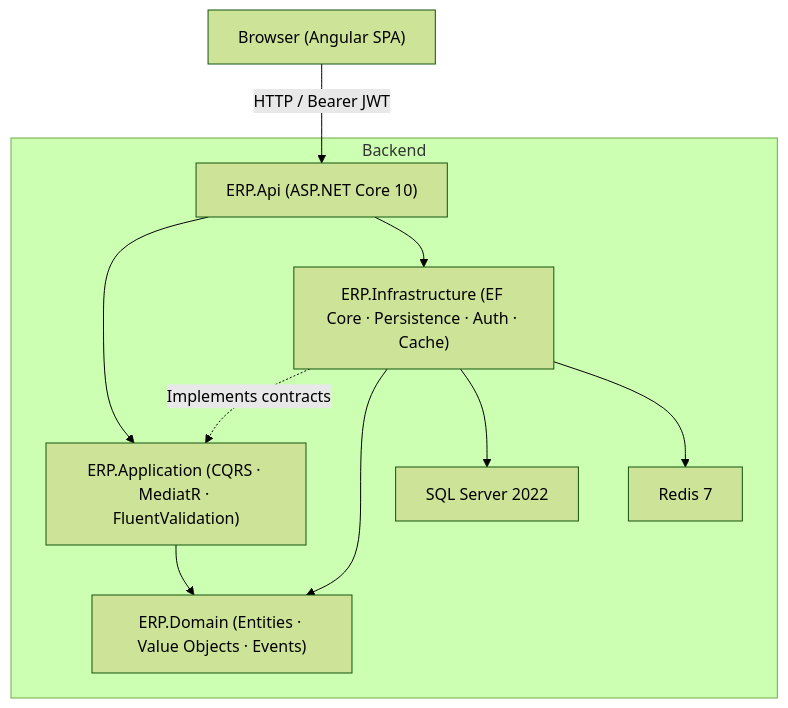
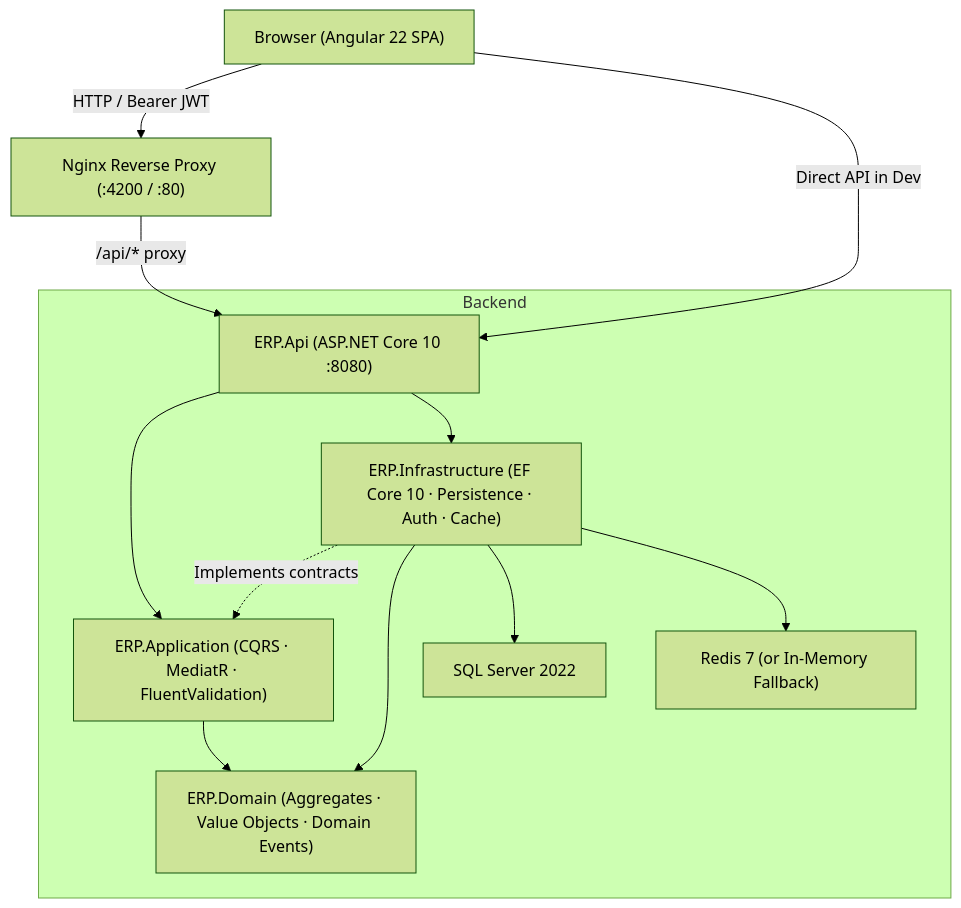
Before and after one commit to Khaled91067/ERP-Management-System: the first of 2 diagrams in README.md, drawn with Mermaid (forest theme). The commit also changed other lines of this file and 2 other files, not shown here.

First line of the commit message:
chore(infra): configure nginx api proxy, gitignore, and architecture docs

````diff
--- a/README.md
+++ b/README.md
@@ -17,14 +23,16 @@
 ```mermaid
 graph TD
-    Browser["Browser (Angular SPA)"] -->|HTTP / Bearer JWT| API["ERP.Api (ASP.NET Core 10)"]
+    Browser["Browser (Angular 22 SPA)"] -->|HTTP / Bearer JWT| Nginx["Nginx Reverse Proxy (:4200 / :80)"]
+    Browser -->|Direct API in Dev| API["ERP.Api (ASP.NET Core 10 :8080)"]
+    Nginx -->|/api/* proxy| API
 
     subgraph Backend
         API --> Application["ERP.Application (CQRS · MediatR · FluentValidation)"]
-        API --> Infrastructure["ERP.Infrastructure (EF Core · Persistence · Auth · Cache)"]
+        API --> Infrastructure["ERP.Infrastructure (EF Core 10 · Persistence · Auth · Cache)"]
         Infrastructure -.->|Implements contracts| Application
-        Infrastructure --> Domain["ERP.Domain (Entities · Value Objects · Events)"]
+        Infrastructure --> Domain["ERP.Domain (Aggregates · Value Objects · Domain Events)"]
         Application --> Domain
         Infrastructure --> SQLServer["SQL Server 2022"]
-        Infrastructure --> Redis["Redis 7"]
+        Infrastructure --> Redis["Redis 7 (or In-Memory Fallback)"]
     end
 ```
````
